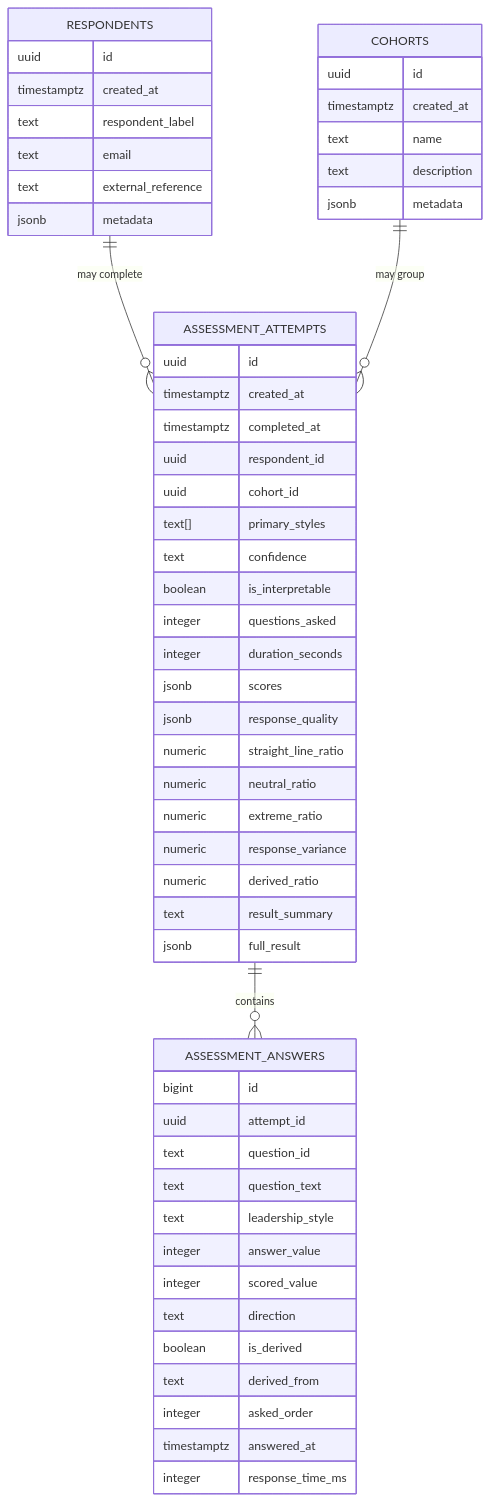
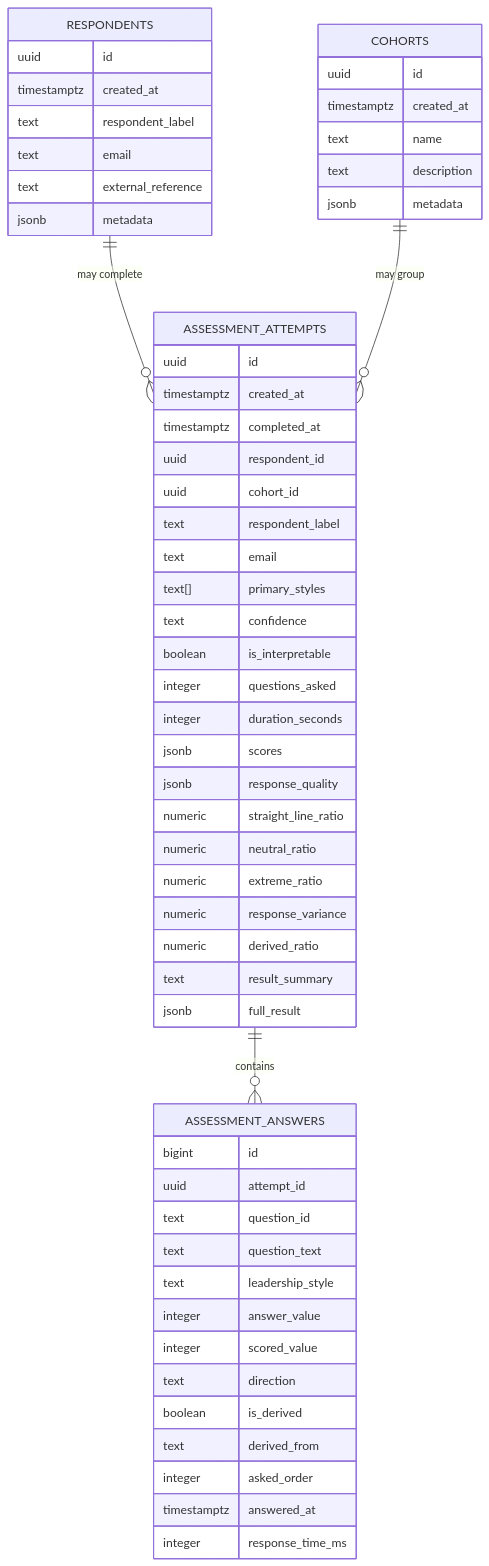
The third of 3 diagrams in ARCHITECTURE_OVERVIEW.md (campojo/2.0_Leadership), drawn with Mermaid before and after one commit. The commit also changed other lines of this file and 8 other files, not shown here.

````diff
--- a/ARCHITECTURE_OVERVIEW.md
+++ b/ARCHITECTURE_OVERVIEW.md
@@ -283,61 +287,63 @@
 ```mermaid
 erDiagram
   RESPONDENTS ||--o{ ASSESSMENT_ATTEMPTS : "may complete"
   COHORTS ||--o{ ASSESSMENT_ATTEMPTS : "may group"
   ASSESSMENT_ATTEMPTS ||--o{ ASSESSMENT_ANSWERS : "contains"
 
   RESPONDENTS {
     uuid id
     timestamptz created_at
     text respondent_label
     text email
     text external_reference
     jsonb metadata
   }
 
   COHORTS {
     uuid id
     timestamptz created_at
     text name
     text description
     jsonb metadata
   }
 
   ASSESSMENT_ATTEMPTS {
     uuid id
     timestamptz created_at
     timestamptz completed_at
     uuid respondent_id
     uuid cohort_id
+    text respondent_label
+    text email
     text[] primary_styles
     text confidence
     boolean is_interpretable
     integer questions_asked
     integer duration_seconds
     jsonb scores
     jsonb response_quality
     numeric straight_line_ratio
     numeric neutral_ratio
     numeric extreme_ratio
     numeric response_variance
     numeric derived_ratio
     text result_summary
     jsonb full_result
   }
 
   ASSESSMENT_ANSWERS {
     bigint id
     uuid attempt_id
     text question_id
     text question_text
     text leadership_style
     integer answer_value
     integer scored_value
     text direction
     boolean is_derived
     text derived_from
     integer asked_order
     timestamptz answered_at
     integer response_time_ms
   }
 ```
````
